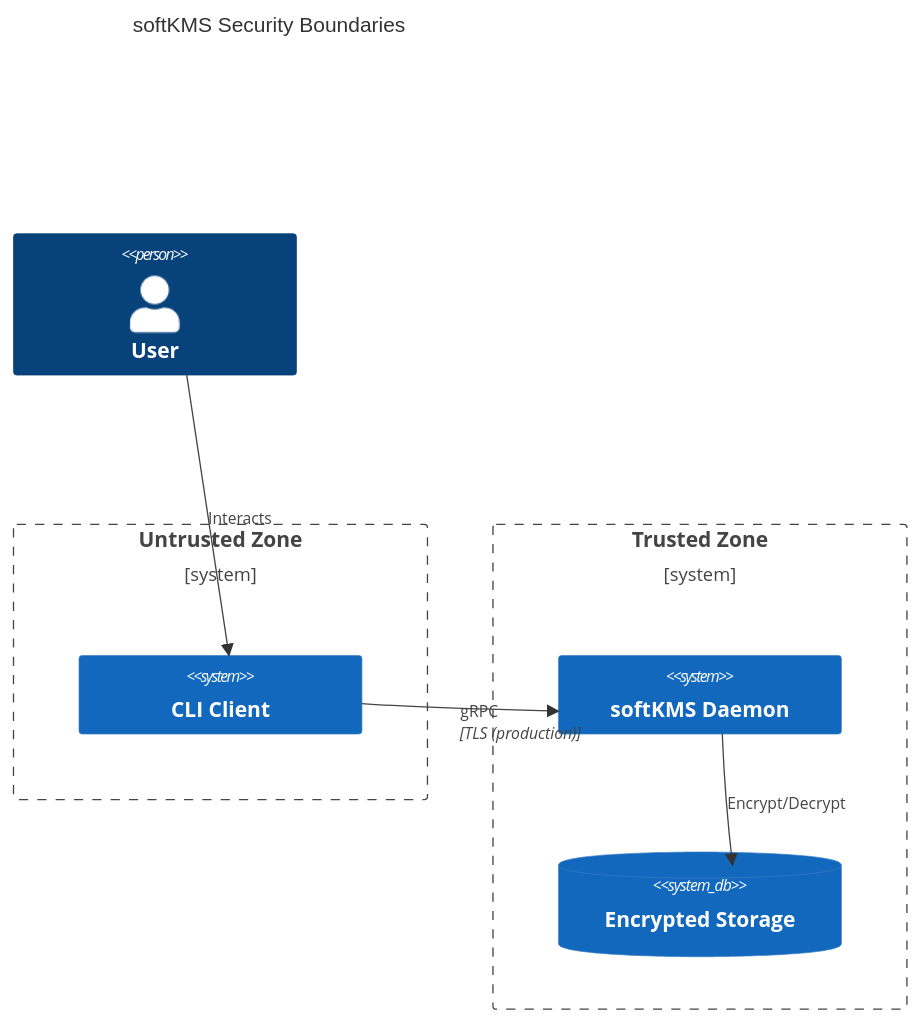
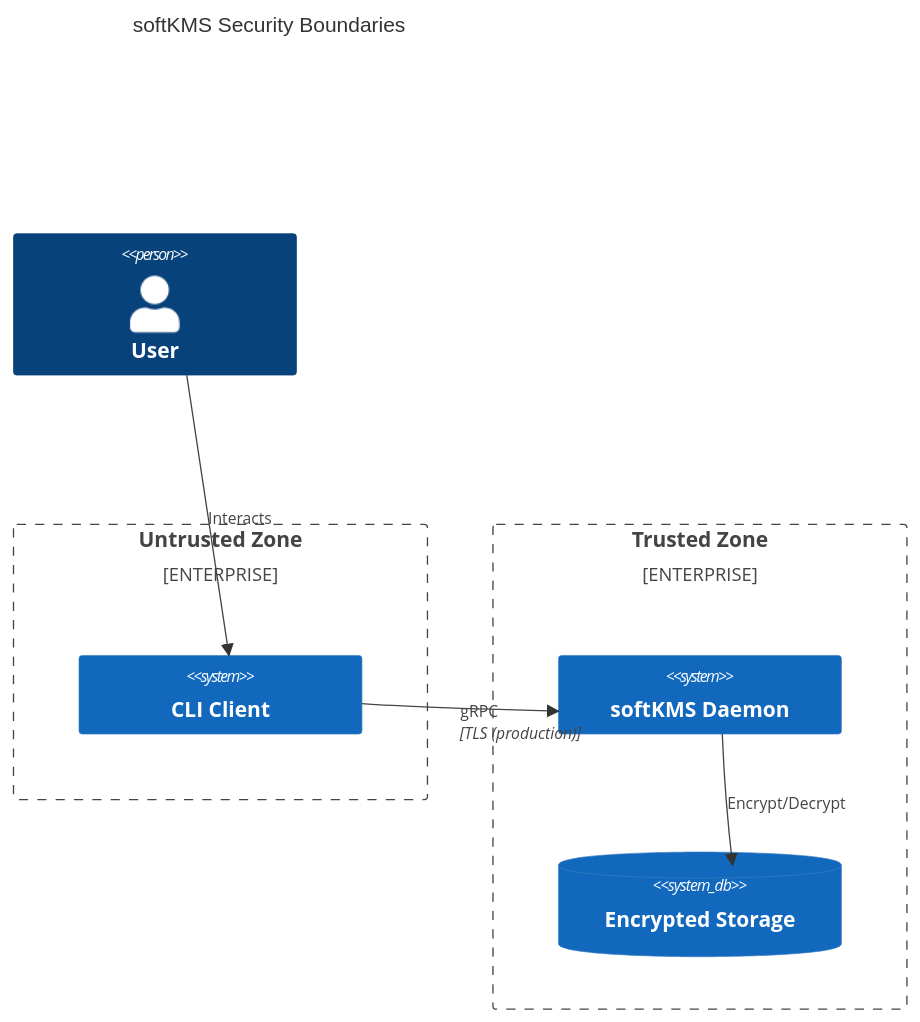
The second of 10 diagrams in docs/SECURITY_MODEL.md (ehanoc/softKMS), drawn with Mermaid before and after one commit. The commit also changed other lines of this file, not shown here.

Commit message:
fix: Remove UpdateLayoutConfig and fix Boundary syntax in Mermaid diagrams
- Remove unsupported UpdateLayoutConfig directive from C4 diagrams
- Change Boundary to Enterprise_Boundary in C4Context diagrams
- These changes fix Mermaid syntax errors in GitHub rendering

````diff
--- a/docs/SECURITY_MODEL.md
+++ b/docs/SECURITY_MODEL.md
@@ -31,21 +30,20 @@
 ```mermaid
 C4Context
   title softKMS Security Boundaries
 
   Person(user, "User")
   
-  Boundary(untrusted, "Untrusted Zone") {
+  Enterprise_Boundary(untrusted, "Untrusted Zone") {
     System(cli, "CLI Client")
   }
   
-  Boundary(trusted, "Trusted Zone") {
+  Enterprise_Boundary(trusted, "Trusted Zone") {
     System(daemon, "softKMS Daemon")
     SystemDb(storage, "Encrypted Storage")
   }
   
   Rel(user, cli, "Interacts")
   Rel(cli, daemon, "gRPC", "TLS (production)")
   Rel(daemon, storage, "Encrypt/Decrypt")
 
-  UpdateLayoutConfig($c4ShapeInRow="3", $c4BoundaryInRow="2")
 ```
````
